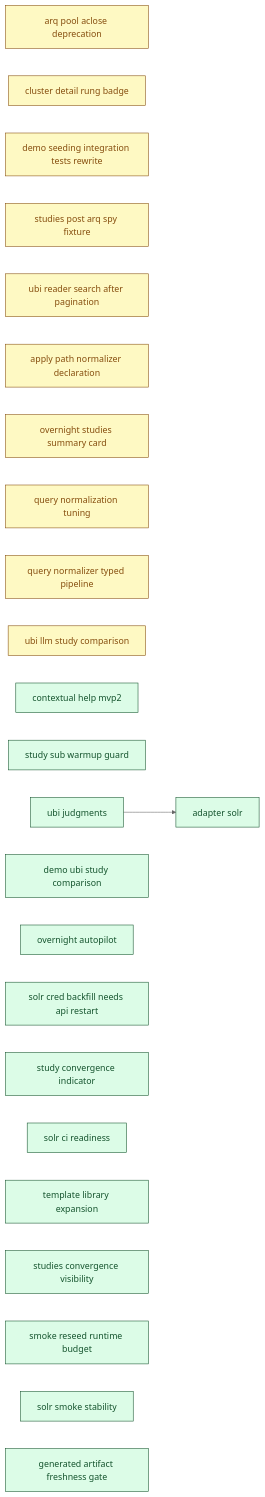
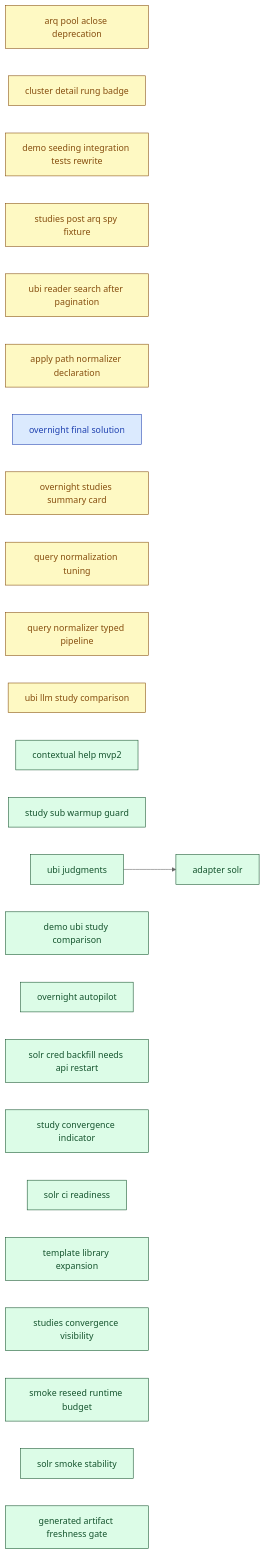
The diagram in docs/00_overview/MVP2_DASHBOARD.md (SoundMindsAI/relyloop), drawn with Mermaid (neutral theme) before and after one commit. The commit also changed other lines of this file and 9 other files, not shown here.

````diff
--- a/docs/00_overview/MVP2_DASHBOARD.md
+++ b/docs/00_overview/MVP2_DASHBOARD.md
@@ -107,57 +110,59 @@
 ```mermaid
 graph LR
   classDef done fill:#dcfce7,stroke:#14532d,color:#14532d;
   classDef implement fill:#ffedd5,stroke:#9a3412,color:#9a3412;
   classDef plan fill:#fef9c3,stroke:#854d0e,color:#854d0e;
   classDef spec fill:#dbeafe,stroke:#1e40af,color:#1e40af;
   classDef idea fill:#f1f5f9,stroke:#334155,color:#334155;
   chore_arq_pool_aclose_deprecation["arq pool aclose deprecation"]
   class chore_arq_pool_aclose_deprecation plan;
   chore_cluster_detail_rung_badge["cluster detail rung badge"]
   class chore_cluster_detail_rung_badge plan;
   chore_demo_seeding_integration_tests_rewrite["demo seeding integration tests rewrite"]
   class chore_demo_seeding_integration_tests_rewrite plan;
   chore_studies_post_arq_spy_fixture["studies post arq spy fixture"]
   class chore_studies_post_arq_spy_fixture plan;
   chore_ubi_reader_search_after_pagination["ubi reader search after pagination"]
   class chore_ubi_reader_search_after_pagination plan;
   feat_apply_path_normalizer_declaration["apply path normalizer declaration"]
   class feat_apply_path_normalizer_declaration plan;
+  feat_overnight_final_solution["overnight final solution"]
+  class feat_overnight_final_solution spec;
   feat_overnight_studies_summary_card["overnight studies summary card"]
   class feat_overnight_studies_summary_card plan;
   feat_query_normalization_tuning["query normalization tuning"]
   class feat_query_normalization_tuning plan;
   feat_query_normalizer_typed_pipeline["query normalizer typed pipeline"]
   class feat_query_normalizer_typed_pipeline plan;
   feat_ubi_llm_study_comparison["ubi llm study comparison"]
   class feat_ubi_llm_study_comparison plan;
   feat_contextual_help_mvp2["contextual help mvp2"]
   class feat_contextual_help_mvp2 done;
   feat_study_sub_warmup_guard["study sub warmup guard"]
   class feat_study_sub_warmup_guard done;
   feat_ubi_judgments["ubi judgments"]
   class feat_ubi_judgments done;
   feat_demo_ubi_study_comparison["demo ubi study comparison"]
   class feat_demo_ubi_study_comparison done;
   feat_overnight_autopilot["overnight autopilot"]
   class feat_overnight_autopilot done;
   infra_adapter_solr["adapter solr"]
   class infra_adapter_solr done;
   chore_solr_cred_backfill_needs_api_restart["solr cred backfill needs api restart"]
   class chore_solr_cred_backfill_needs_api_restart done;
   feat_study_convergence_indicator["study convergence indicator"]
   class feat_study_convergence_indicator done;
   infra_solr_ci_readiness["solr ci readiness"]
   class infra_solr_ci_readiness done;
   chore_template_library_expansion["template library expansion"]
   class chore_template_library_expansion done;
   feat_studies_convergence_visibility["studies convergence visibility"]
   class feat_studies_convergence_visibility done;
   infra_smoke_reseed_runtime_budget["smoke reseed runtime budget"]
   class infra_smoke_reseed_runtime_budget done;
   infra_solr_smoke_stability["solr smoke stability"]
   class infra_solr_smoke_stability done;
   infra_generated_artifact_freshness_gate["generated artifact freshness gate"]
   class infra_generated_artifact_freshness_gate done;
   feat_ubi_judgments --> infra_adapter_solr
 ```
````
